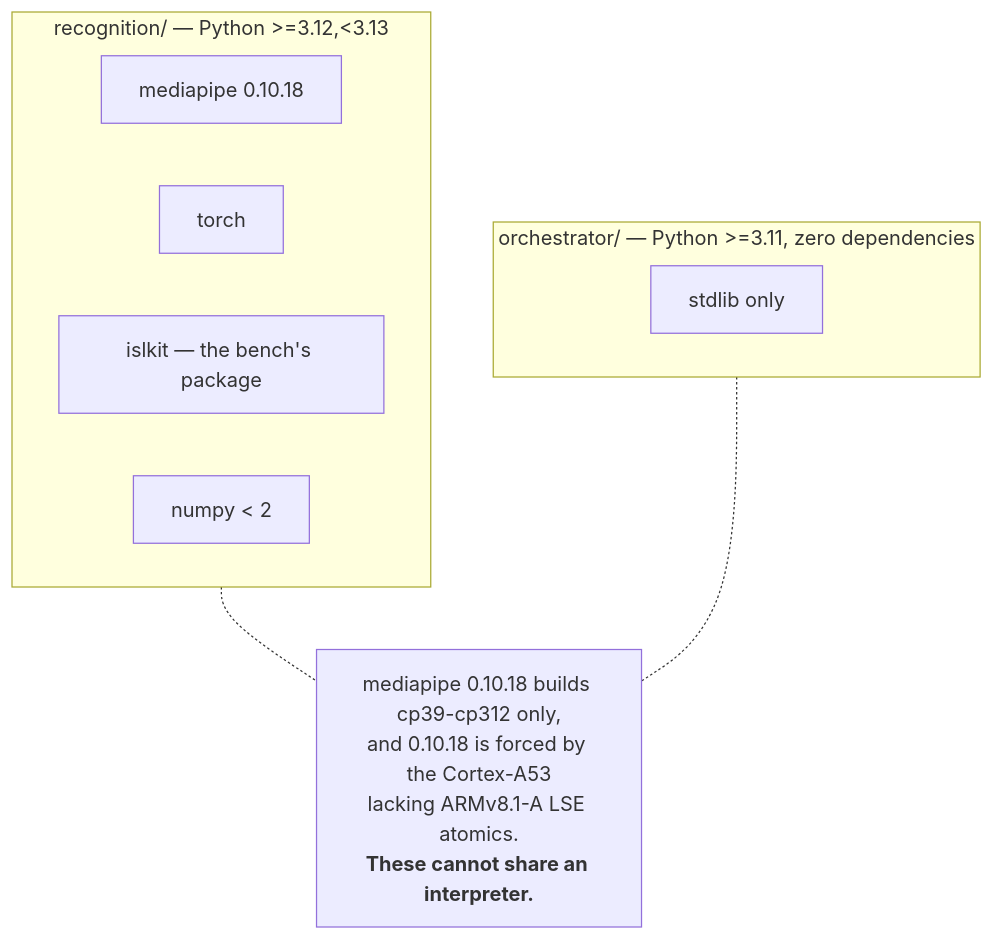
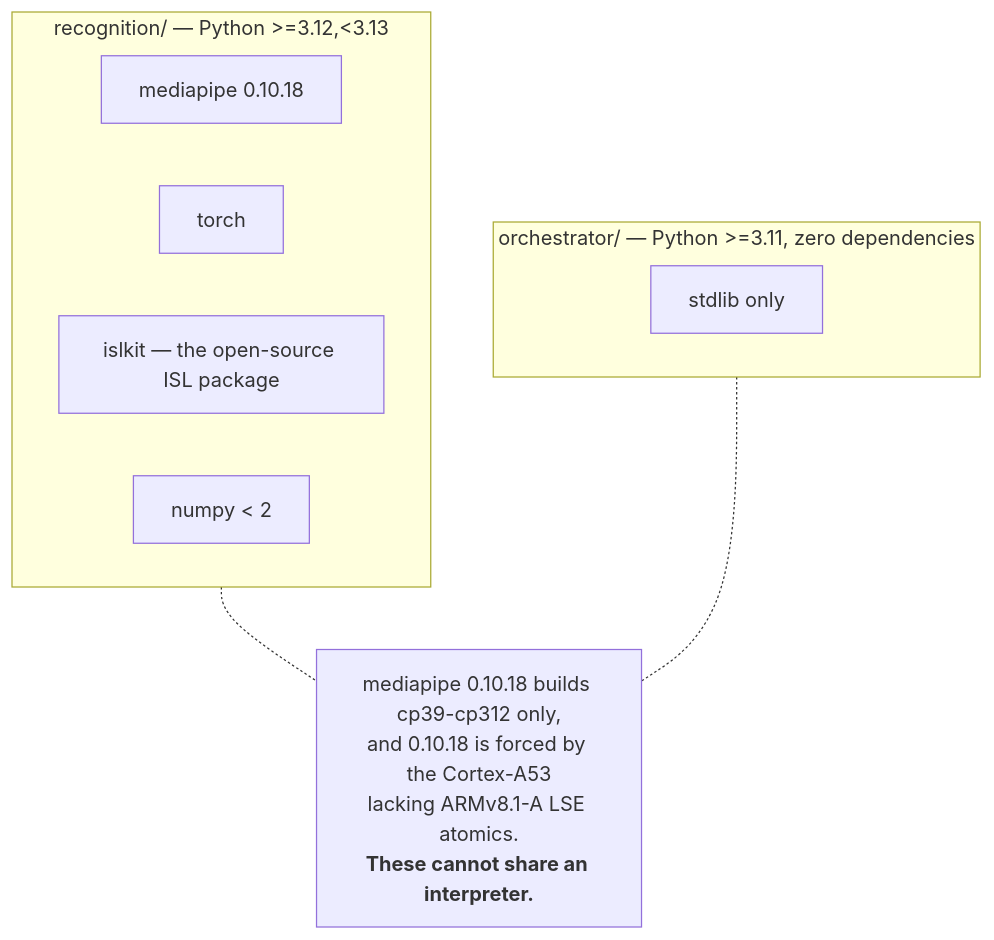
Before and after one commit to jbrathwa/SignAlly: the second of 3 diagrams in docs/architecture.md, drawn with Mermaid. The commit also changed other lines of this file and 4 other files, not shown here.

````diff
--- a/docs/architecture.md
+++ b/docs/architecture.md
@@ -128,18 +128,18 @@
 ```mermaid
 flowchart TB
     subgraph R["recognition/ — Python >=3.12,<3.13"]
         R1["mediapipe 0.10.18"]
         R2["torch"]
-        R3["islkit — the bench's package"]
+        R3["islkit — the open-source ISL package"]
         R4["numpy < 2"]
     end
 
     subgraph O["orchestrator/ — Python >=3.11, zero dependencies"]
         O1["stdlib only"]
     end
 
     NOTE["mediapipe 0.10.18 builds cp39-cp312 only,<br/>and 0.10.18 is forced by the Cortex-A53<br/>lacking ARMv8.1-A LSE atomics.<br/><b>These cannot share an interpreter.</b>"]
 
     R -.- NOTE
     O -.- NOTE
 ```
````
